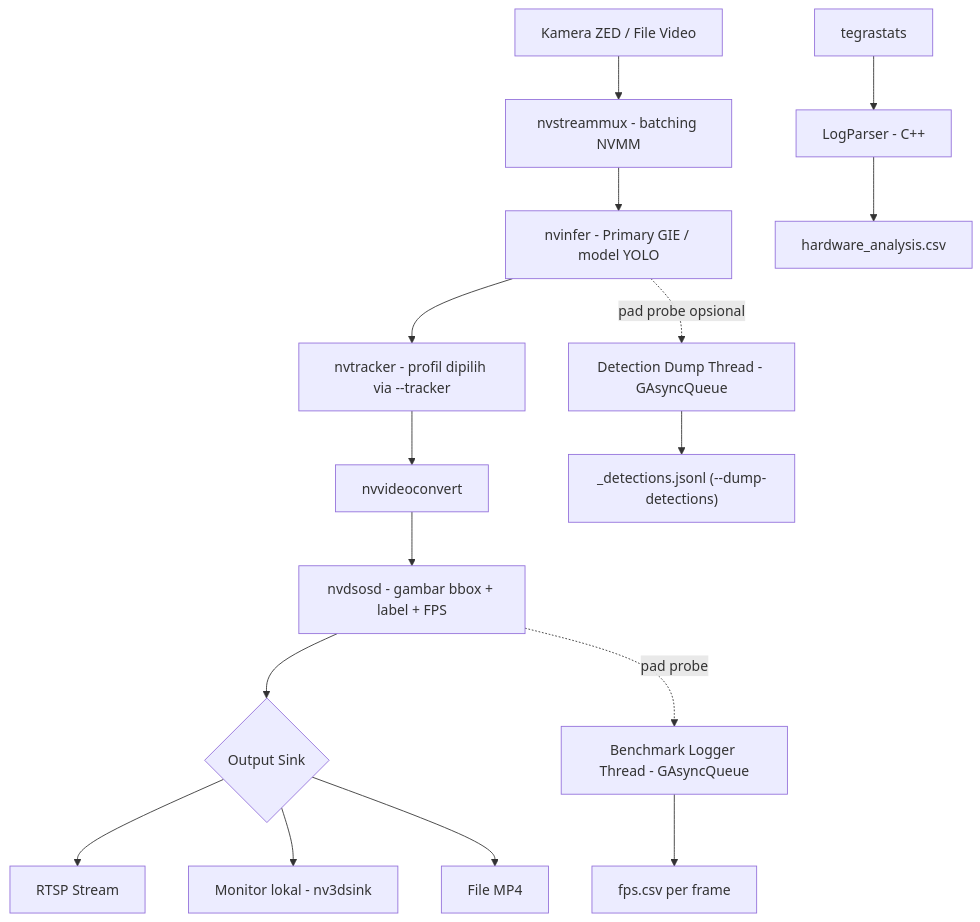
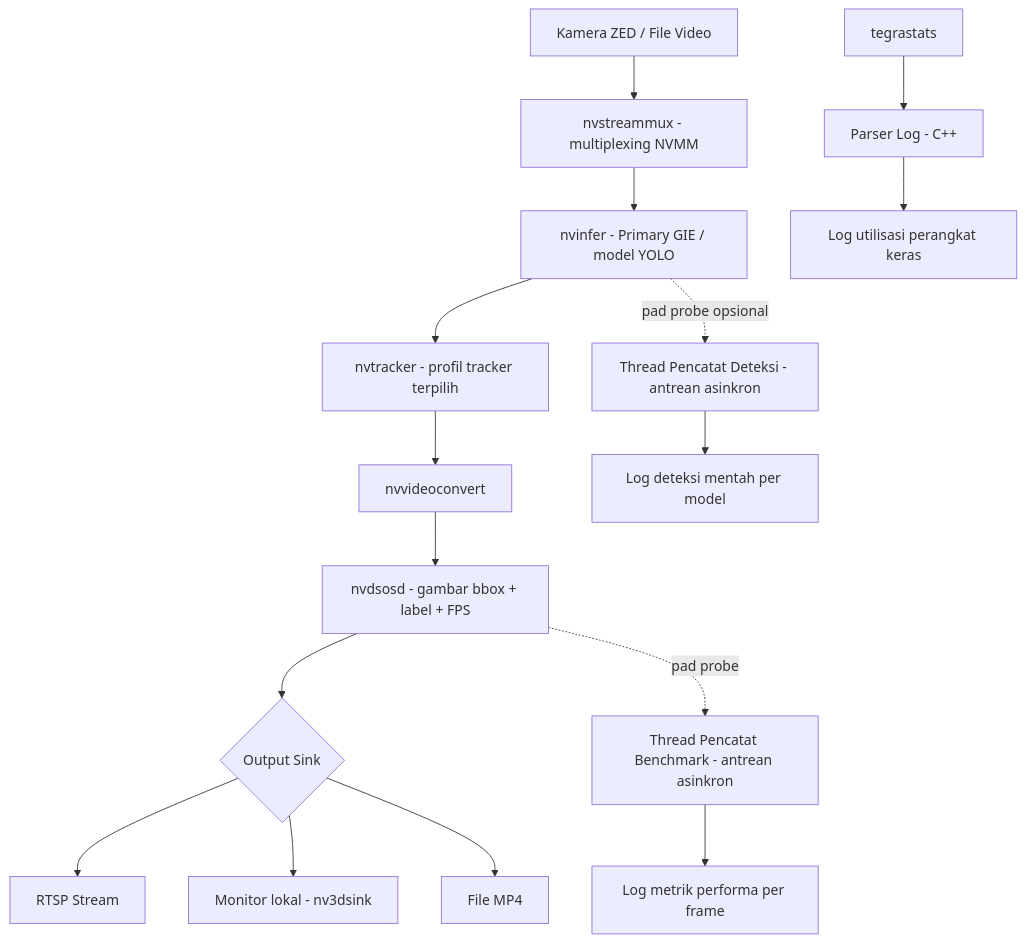
The first of 3 diagrams in skripsi/draft/BAB-2-Metode-Penelitian.md (perdiDev/final-project), drawn with Mermaid before and after one commit. The commit also changed other lines of this file and 13 other files, not shown here.

````diff
--- a/skripsi/draft/BAB-2-Metode-Penelitian.md
+++ b/skripsi/draft/BAB-2-Metode-Penelitian.md
@@ -324,21 +336,21 @@
 ```mermaid
 flowchart TD
-    A[Kamera ZED / File Video] --> B[nvstreammux - batching NVMM]
+    A[Kamera ZED / File Video] --> B[nvstreammux - multiplexing NVMM]
     B --> C[nvinfer - Primary GIE / model YOLO]
-    C --> D[nvtracker - profil dipilih via --tracker]
+    C --> D[nvtracker - profil tracker terpilih]
     D --> E[nvvideoconvert]
     E --> F[nvdsosd - gambar bbox + label + FPS]
     F --> G{Output Sink}
     G --> H[RTSP Stream]
     G --> I[Monitor lokal - nv3dsink]
     G --> J[File MP4]
 
-    F -. pad probe .-> K[Benchmark Logger Thread - GAsyncQueue]
-    K --> L[fps.csv per frame]
+    F -. pad probe .-> K[Thread Pencatat Benchmark - antrean asinkron]
+    K --> L[Log metrik performa per frame]
 
-    C -. pad probe opsional .-> P[Detection Dump Thread - GAsyncQueue]
-    P --> Q["<model>_detections.jsonl (--dump-detections)"]
+    C -. pad probe opsional .-> P[Thread Pencatat Deteksi - antrean asinkron]
+    P --> Q[Log deteksi mentah per model]
 
-    M[tegrastats] --> N[LogParser - C++]
-    N --> O[hardware_analysis.csv]
+    M[tegrastats] --> N[Parser Log - C++]
+    N --> O[Log utilisasi perangkat keras]
 ```
````
